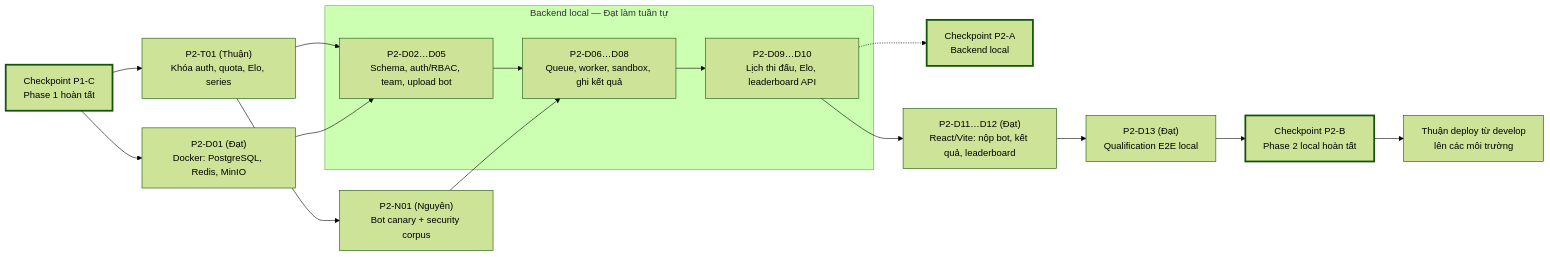
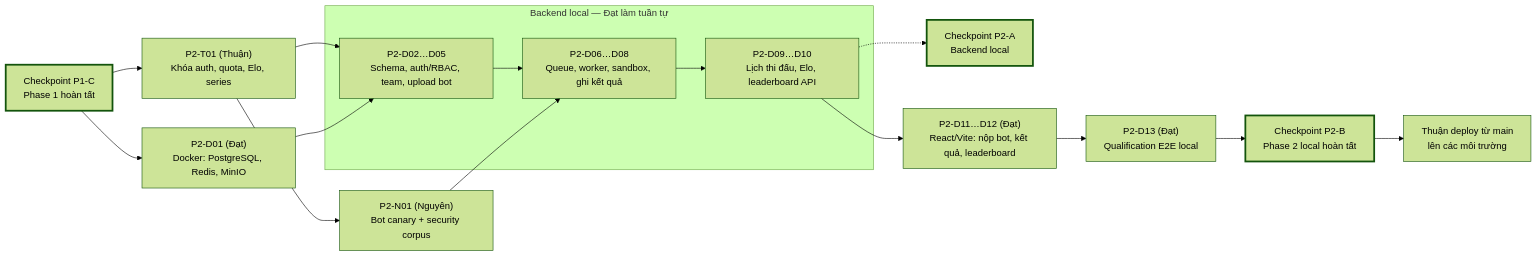
One commit to sock1000kg/dau-giai-ott changed the second of 2 diagrams in docs/team-assignment-phase-1-2.md. Above: the diagram before and after it, drawn with Mermaid (forest theme). The commit also changed other lines of this file and 10 other files, not shown here.

````diff
--- a/docs/team-assignment-phase-1-2.md
+++ b/docs/team-assignment-phase-1-2.md
@@ -128,33 +128,33 @@
 ```mermaid
 flowchart LR
     PC["Checkpoint P1-C<br/>Phase 1 hoàn tất"]
     T21["P2-T01 (Thuận)<br/>Khóa auth, quota, Elo, series"]
     I1["P2-D01 (Đạt)<br/>Docker: PostgreSQL, Redis, MinIO"]
     CO["P2-N01 (Nguyên)<br/>Bot canary + security corpus"]
 
     subgraph BE["Backend local — Đạt làm tuần tự"]
         DB["P2-D02…D05<br/>Schema, auth/RBAC, team, upload bot"]
         RUN["P2-D06…D08<br/>Queue, worker, sandbox, ghi kết quả"]
         ELO["P2-D09…D10<br/>Lịch thi đấu, Elo, leaderboard API"]
     end
 
     PA2["Checkpoint P2-A<br/>Backend local"]
     UI["P2-D11…D12 (Đạt)<br/>React/Vite: nộp bot, kết quả, leaderboard"]
     E2E["P2-D13 (Đạt)<br/>Qualification E2E local"]
     PB2["Checkpoint P2-B<br/>Phase 2 local hoàn tất"]
-    DEP["Thuận deploy từ develop<br/>lên các môi trường"]
+    DEP["Thuận deploy từ main<br/>lên các môi trường"]
 
     PC --> T21
     PC --> I1
     T21 --> DB
     I1 --> DB
     T21 --> CO
     DB --> RUN
     CO --> RUN
     RUN --> ELO
     ELO -.-> PA2
     ELO --> UI --> E2E --> PB2 --> DEP
 
     classDef gate stroke-width:3px;
     class PC,PA2,PB2 gate;
 ```
````
